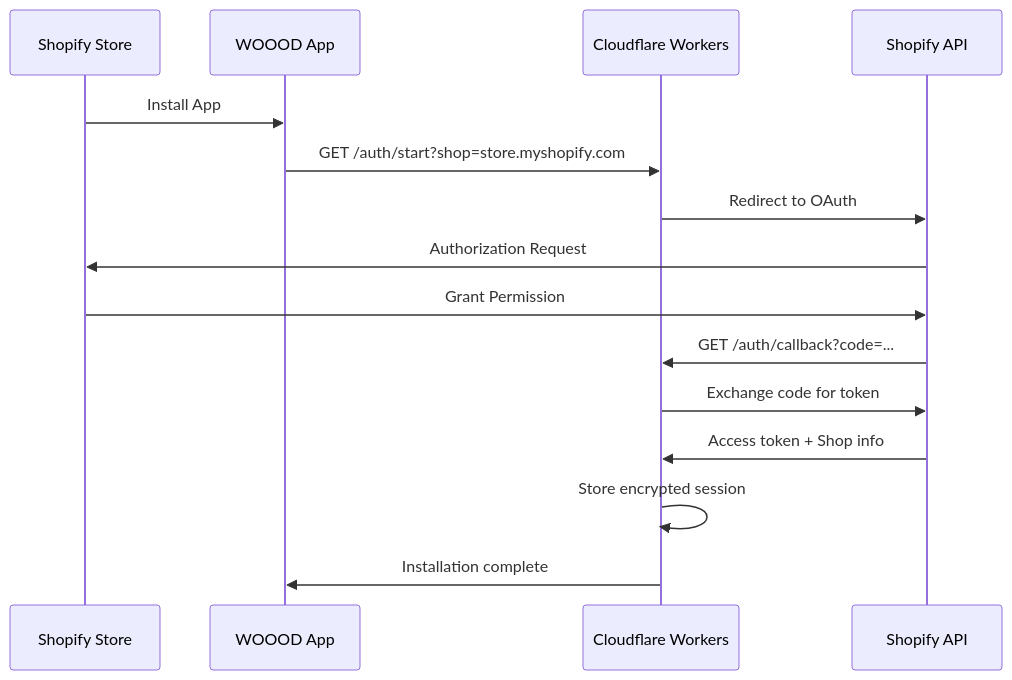
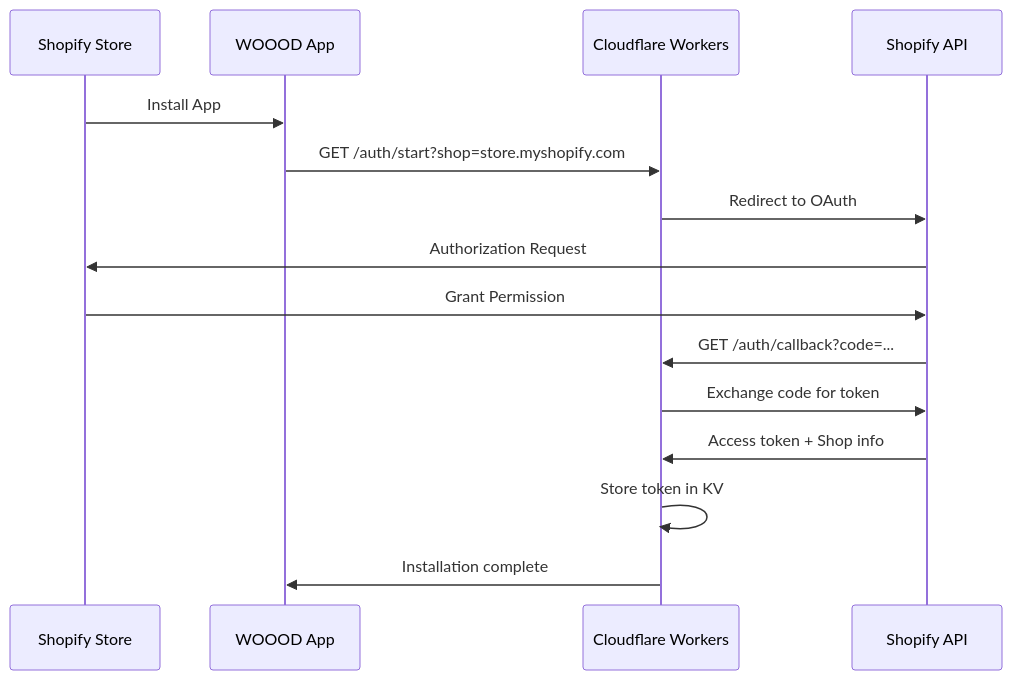
Before and after one commit to leanderrj/WOOOD_dutchned: the diagram in docs/api/authentication.md, drawn with Mermaid. The commit also changed other lines of this file and 24 other files, not shown here.

````diff
--- a/docs/api/authentication.md
+++ b/docs/api/authentication.md
@@ -29,18 +29,18 @@
 ```mermaid
 sequenceDiagram
     participant Shop as Shopify Store
     participant App as WOOOD App
     participant CF as Cloudflare Workers
     participant Shopify as Shopify API
 
     Shop->>App: Install App
     App->>CF: GET /auth/start?shop=store.myshopify.com
     CF->>Shopify: Redirect to OAuth
     Shopify->>Shop: Authorization Request
     Shop->>Shopify: Grant Permission
     Shopify->>CF: GET /auth/callback?code=...
     CF->>Shopify: Exchange code for token
     Shopify->>CF: Access token + Shop info
-    CF->>CF: Store encrypted session
+    CF->>CF: Store token in KV
     CF->>App: Installation complete
 ```
````
